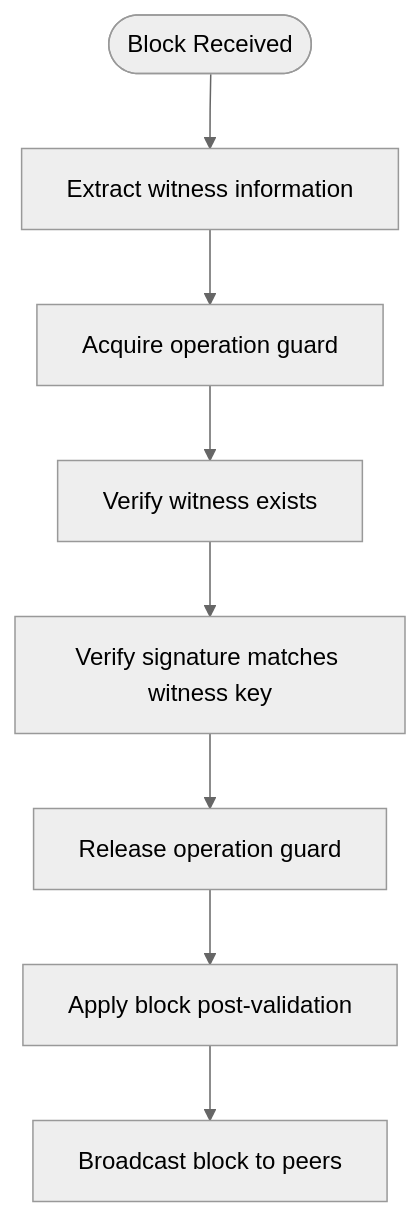
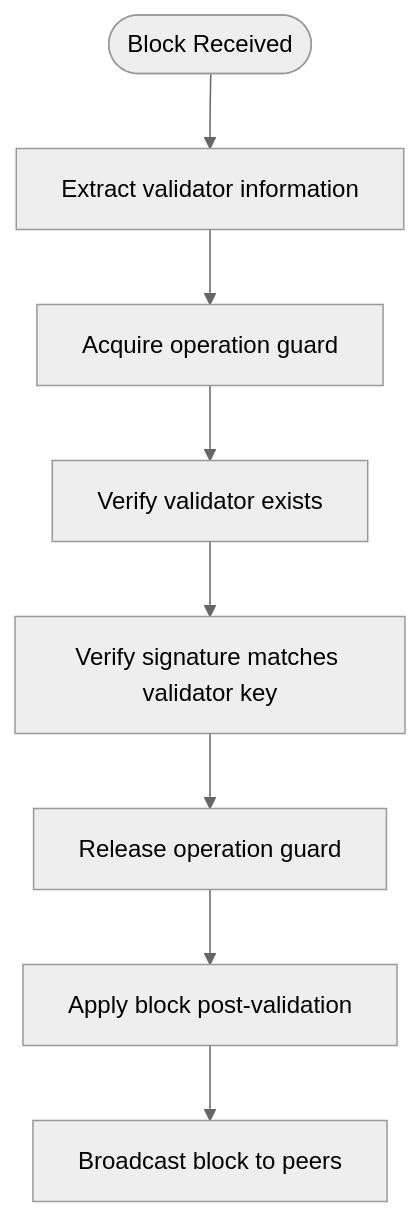
One commit to VIZ-Blockchain/viz-cpp-node changed diagram 47 of 50 in .qoder/repowiki/en/content/P2p Plugin.md. Above: the diagram before and after it, drawn with Mermaid (neutral theme). The commit also changed other lines of this file and 88 other files, not shown here.

First line of the commit message:
docs(validator): rename witness to validator throughout documentation

````diff
--- a/.qoder/repowiki/en/content/P2p Plugin.md
+++ b/.qoder/repowiki/en/content/P2p Plugin.md
@@ -1645,10 +1645,10 @@
 ```mermaid
 flowchart TD
-BlockReceived([Block Received]) --> ExtractWitness["Extract witness information"]
+BlockReceived([Block Received]) --> ExtractWitness["Extract validator information"]
 ExtractWitness --> AcquireGuard["Acquire operation guard"]
-AcquireGuard --> VerifyWitness["Verify witness exists"]
-VerifyWitness --> VerifySignature["Verify signature matches witness key"]
+AcquireGuard --> VerifyWitness["Verify validator exists"]
+VerifyWitness --> VerifySignature["Verify signature matches validator key"]
 VerifySignature --> ReleaseGuard["Release operation guard"]
 ReleaseGuard --> ApplyValidation["Apply block post-validation"]
 ApplyValidation --> BroadcastBlock["Broadcast block to peers"]
 ```
````
